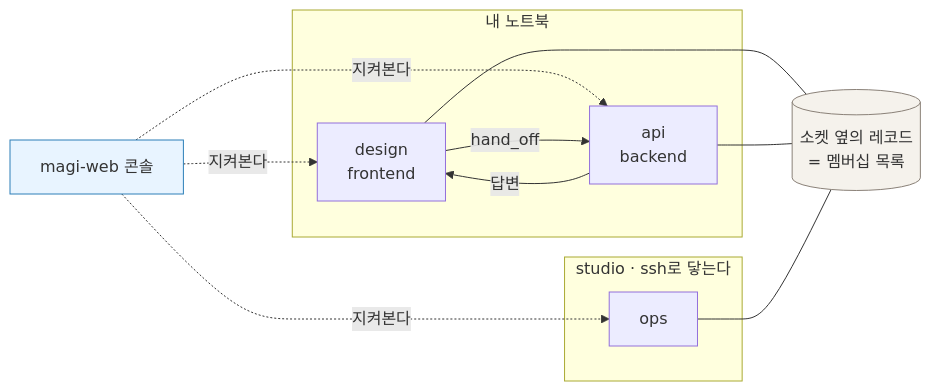
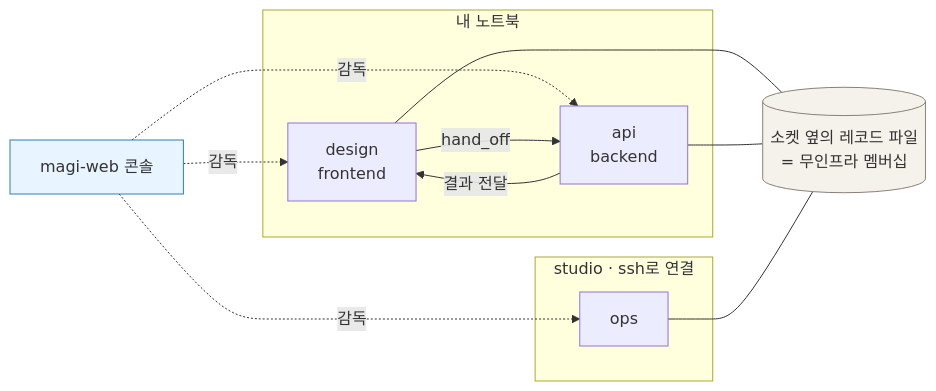
The fourth of 5 diagrams in README.ko.md (sayaya1090/magi), drawn with Mermaid before and after one commit. The commit also changed other lines of this file and 6 other files, not shown here.

````diff
--- a/README.ko.md
+++ b/README.ko.md
@@ -220,17 +244,17 @@
 ```mermaid
 flowchart LR
     subgraph laptop [내 노트북]
         D1[design<br/>frontend]
         D2[api<br/>backend]
     end
-    subgraph studio [studio · ssh로 닿는다]
+    subgraph studio [studio · ssh로 연결]
         D3[ops]
     end
-    W[magi-web 콘솔] -.지켜본다.-> D1 & D2 & D3
+    W[magi-web 콘솔] -.감독.-> D1 & D2 & D3
     D1 -- hand_off --> D2
-    D2 -- 답변 --> D1
-    D1 & D2 & D3 --- REC[(소켓 옆의 레코드<br/>= 멤버십 목록)]
+    D2 -- 결과 전달 --> D1
+    D1 & D2 & D3 --- REC[(소켓 옆의 레코드 파일<br/>= 무인프라 멤버십)]
 
     style W fill:#e8f4ff,stroke:#2c7fb8
     style REC fill:#f5f2ec,stroke:#8a8178
 ```
````
